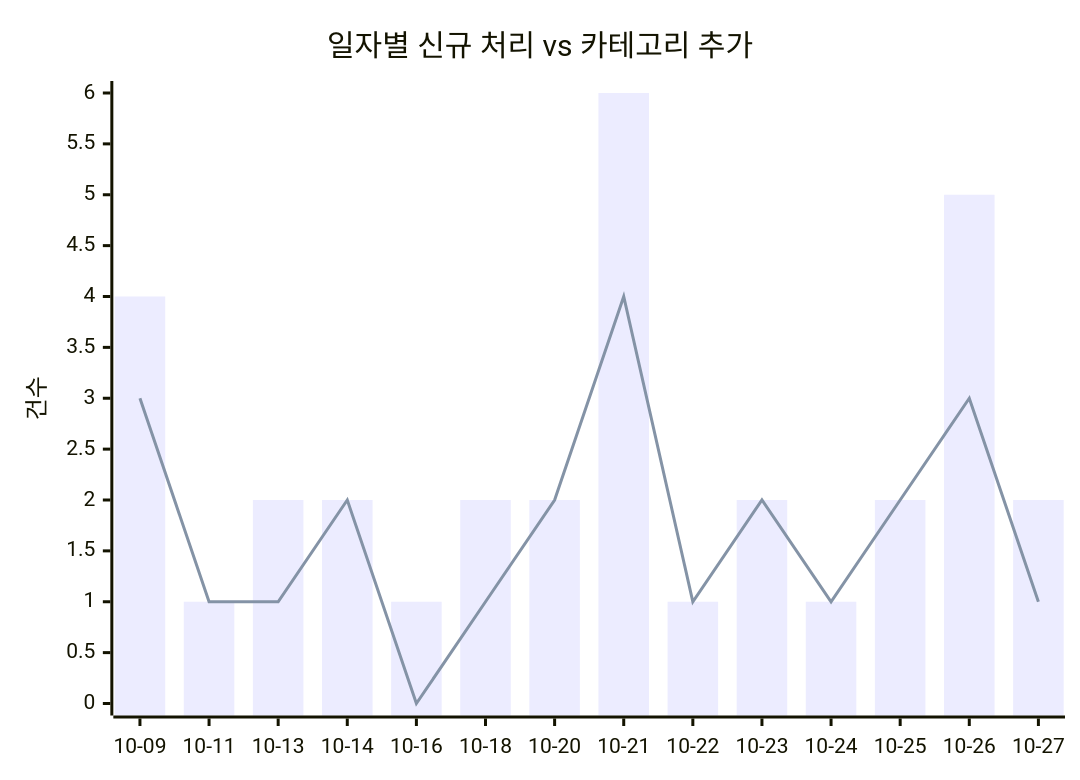
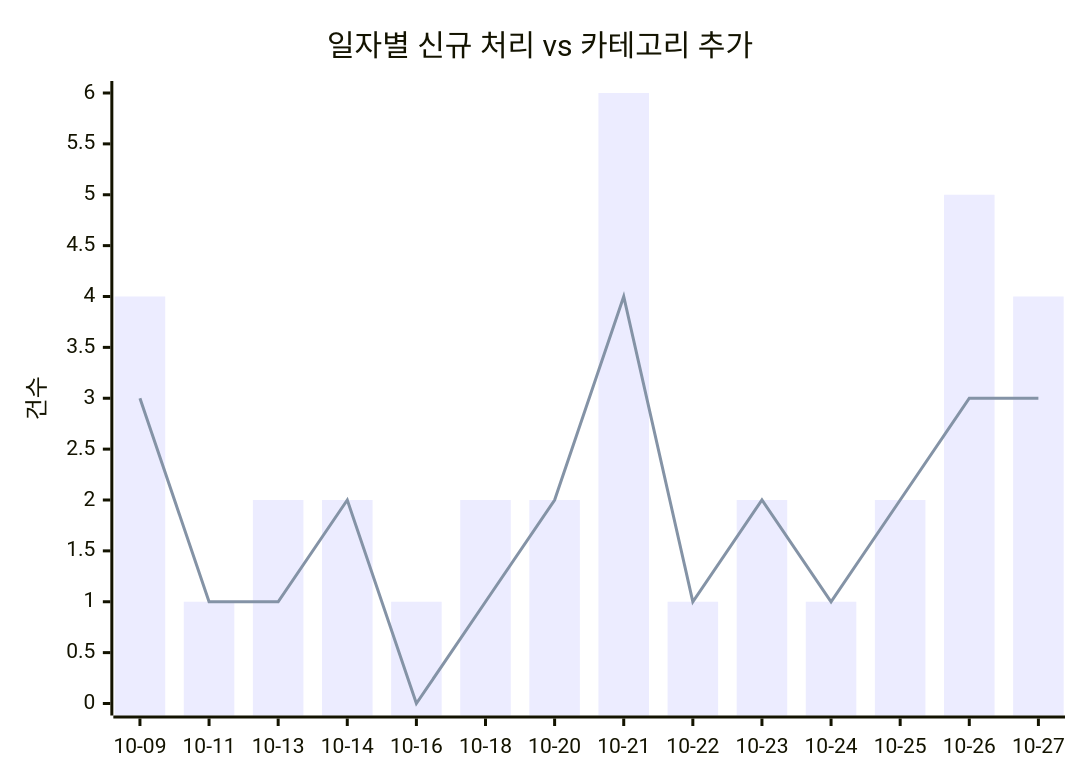
The first of 2 diagrams in docs/trends.md (J-nowcow/awesome-korean-agent-skills), drawn with Mermaid before and after one commit. The commit also changed other lines of this file and 5 other files, not shown here.

````diff
--- a/docs/trends.md
+++ b/docs/trends.md
@@ -32,8 +32,8 @@
 ```mermaid
 xychart-beta
     title "일자별 신규 처리 vs 카테고리 추가"
     x-axis ["10-09","10-11","10-13","10-14","10-16","10-18","10-20","10-21","10-22","10-23","10-24","10-25","10-26","10-27"]
     y-axis "건수"
-    bar [4,1,2,2,1,2,2,6,1,2,1,2,5,2]
-    line [3,1,1,2,0,1,2,4,1,2,1,2,3,1]
+    bar [4,1,2,2,1,2,2,6,1,2,1,2,5,4]
+    line [3,1,1,2,0,1,2,4,1,2,1,2,3,3]
 ```
````
